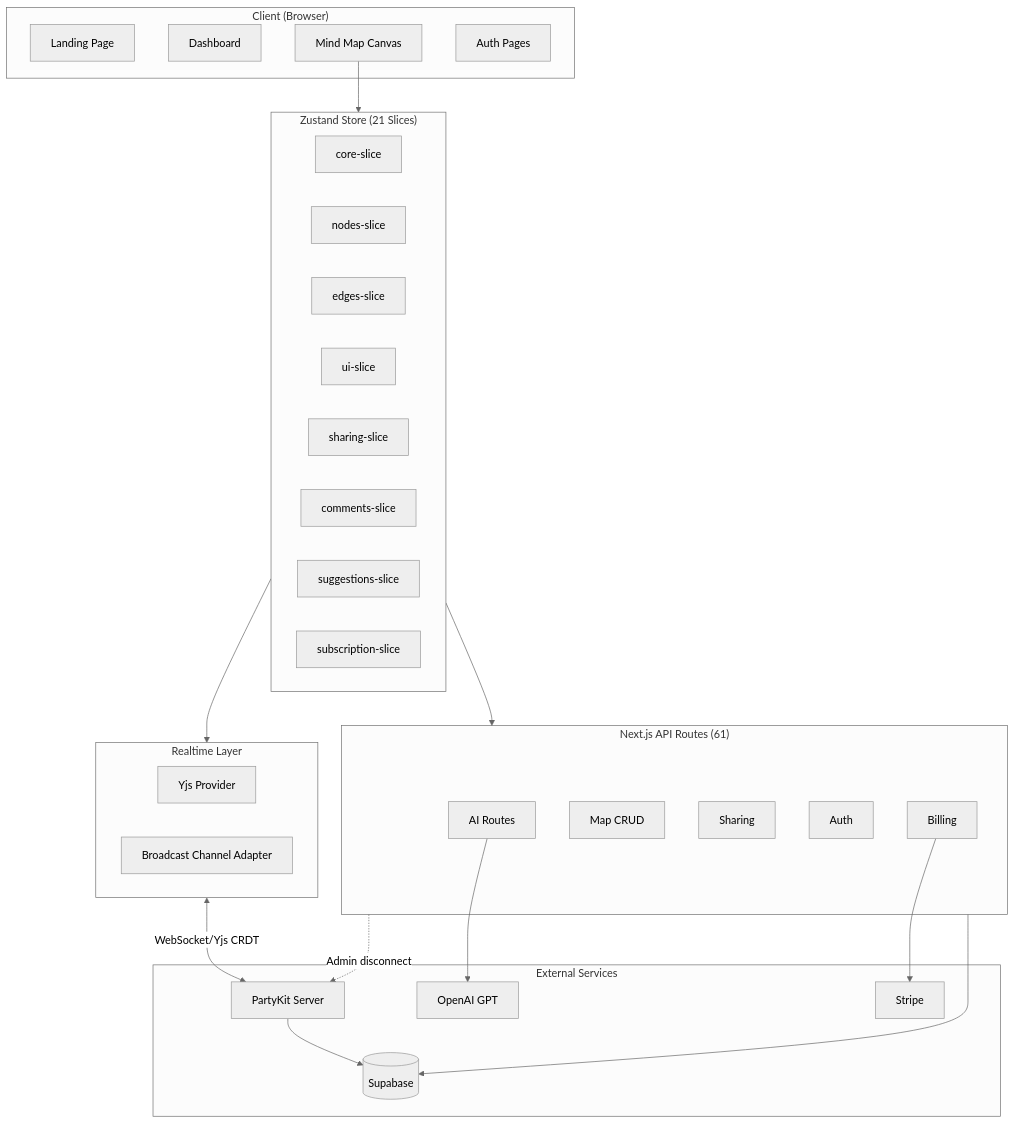
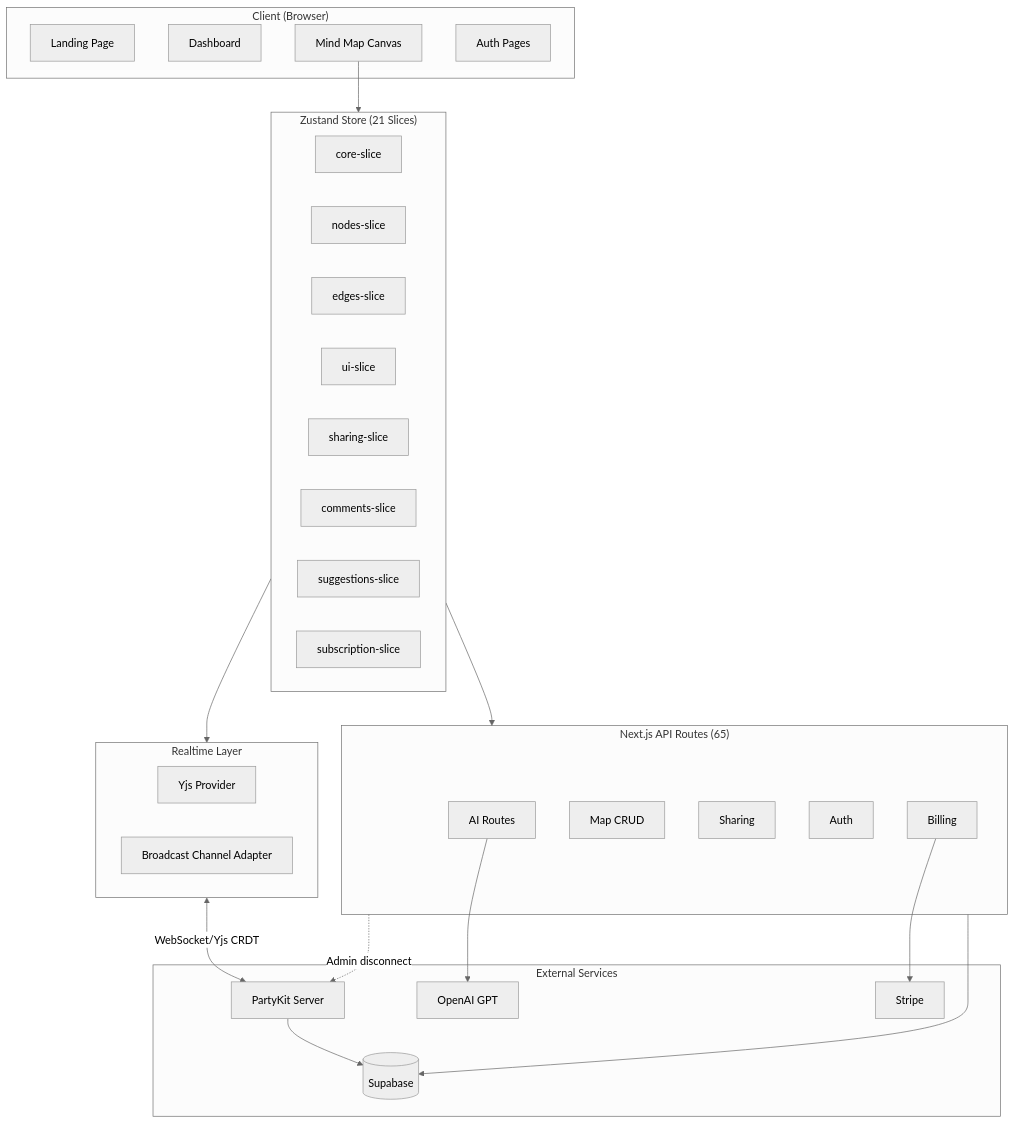
One commit to kudziajaroslaw98/moistus-ai changed the first of 6 diagrams in docs/CODEBASE_MAP.md. Above: the diagram before and after it, drawn with Mermaid (neutral theme). The commit also changed other lines of this file and 49 other files, not shown here.

````diff
--- a/docs/CODEBASE_MAP.md
+++ b/docs/CODEBASE_MAP.md
@@ -65,50 +67,50 @@
 ```mermaid
 graph TB
     subgraph Client["Client (Browser)"]
         Landing[Landing Page]
         Dashboard[Dashboard]
         Canvas[Mind Map Canvas]
         Auth[Auth Pages]
     end
 
     subgraph State["Zustand Store (21 Slices)"]
         Core[core-slice]
         Nodes[nodes-slice]
         Edges[edges-slice]
         UI[ui-slice]
         Sharing[sharing-slice]
         Comments[comments-slice]
         AI[suggestions-slice]
         Subs[subscription-slice]
     end
 
     subgraph Realtime["Realtime Layer"]
         YjsProvider[Yjs Provider]
         BroadcastAdapter[Broadcast Channel Adapter]
     end
 
-    subgraph API["Next.js API Routes (61)"]
+    subgraph API["Next.js API Routes (65)"]
         AIRoutes[AI Routes]
         MapRoutes[Map CRUD]
         ShareRoutes[Sharing]
         AuthRoutes[Auth]
         BillingRoutes[Billing]
     end
 
     subgraph External["External Services"]
         Supabase[(Supabase)]
         PartyKit[PartyKit Server]
         OpenAI[OpenAI GPT]
         Stripe[Stripe]
     end
 
     Canvas --> State
     State --> Realtime
     Realtime <-->|WebSocket/Yjs CRDT| PartyKit
     PartyKit --> Supabase
     State --> API
     API --> Supabase
     AIRoutes --> OpenAI
     BillingRoutes --> Stripe
     API -.->|Admin disconnect| PartyKit
 ```
````
